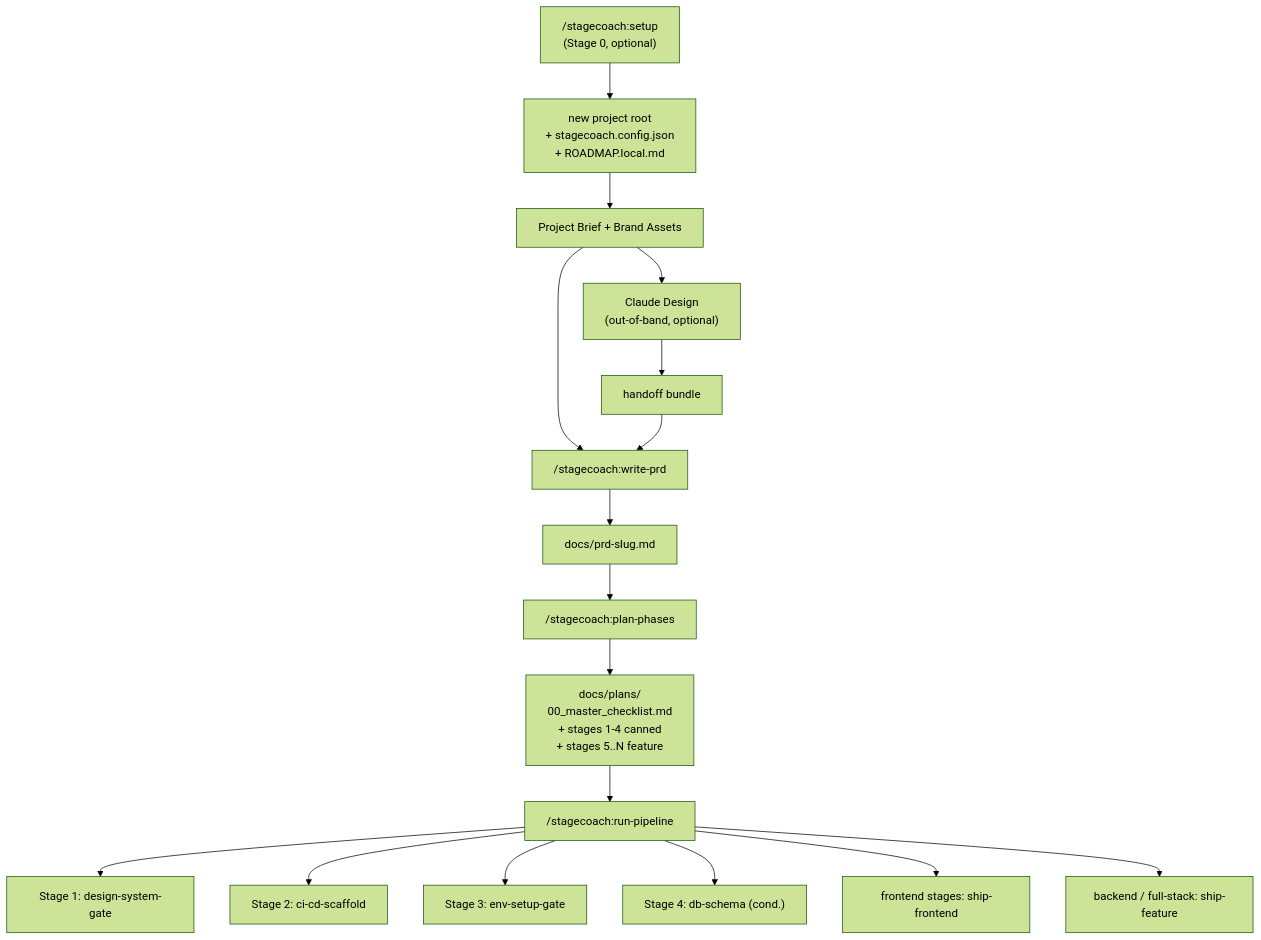
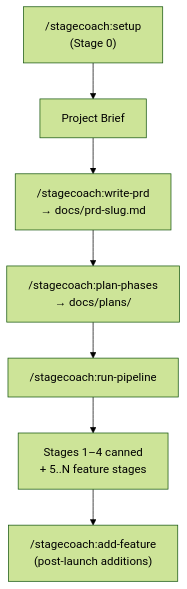
One commit to steve-piece/Stagecoach changed the diagram in README.md. Above: the diagram before and after it, drawn with Mermaid (forest theme). The commit also changed other lines of this file and 1 other file, not shown here.

````diff
--- a/README.md
+++ b/README.md
@@ -37,20 +34,10 @@
 ```mermaid
 flowchart TD
-    Bootstrap["/stagecoach:setup<br/>(Stage 0, optional)"]
-    Bootstrap --> Root["new project root<br/>+ stagecoach.config.json<br/>+ ROADMAP.local.md"]
-    Root --> Brief["Project Brief + Brand Assets"]
-    Brief --> CD["Claude Design<br/>(out-of-band, optional)"]
-    CD --> Bundle["handoff bundle"]
-    Brief --> PRDGen["/stagecoach:write-prd"]
-    Bundle --> PRDGen
-    PRDGen --> PRD["docs/prd-slug.md"]
-    PRD --> Phased["/stagecoach:plan-phases"]
-    Phased --> Plans["docs/plans/<br/>00_master_checklist.md<br/>+ stages 1-4 canned<br/>+ stages 5..N feature"]
-    Plans --> Orchestrator["/stagecoach:run-pipeline"]
-    Orchestrator --> DSGate["Stage 1: design-system-gate"]
-    Orchestrator --> Scaffold["Stage 2: ci-cd-scaffold"]
-    Orchestrator --> EnvGate["Stage 3: env-setup-gate"]
-    Orchestrator --> DBSchema["Stage 4: db-schema (cond.)"]
-    Orchestrator --> FE["frontend stages: ship-frontend"]
-    Orchestrator --> Feature["backend / full-stack: ship-feature"]
+    Setup["/stagecoach:setup<br/>(Stage 0)"]
+    Setup --> Brief["Project Brief"]
+    Brief --> PRD["/stagecoach:write-prd<br/>→ docs/prd-slug.md"]
+    PRD --> Phased["/stagecoach:plan-phases<br/>→ docs/plans/"]
+    Phased --> Run["/stagecoach:run-pipeline"]
+    Run --> Stages["Stages 1–4 canned<br/>+ 5..N feature stages"]
+    Stages --> Add["/stagecoach:add-feature<br/>(post-launch additions)"]
 ```
````
